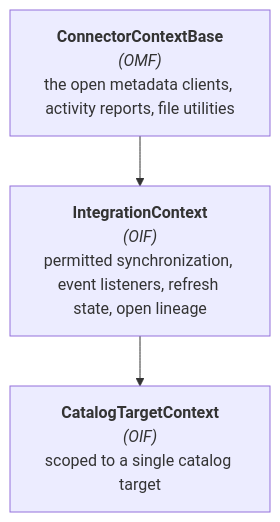
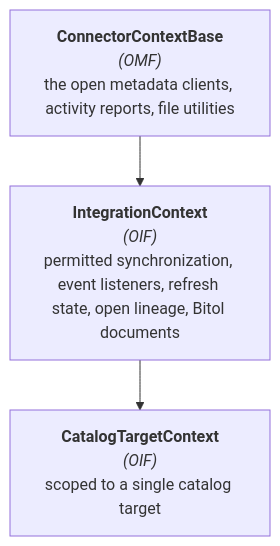
Before and after one commit to odpi/egeria-docs: the diagram in site/docs/guides/developer/integration-connectors/integration-context.md, drawn with Mermaid. The commit also changed other lines of this file and 120 other files, not shown here.

````diff
--- a/site/docs/guides/developer/integration-connectors/integration-context.md
+++ b/site/docs/guides/developer/integration-connectors/integration-context.md
@@ -19,11 +19,11 @@
 ```mermaid
 flowchart TD
     A["`**ConnectorContextBase**
     _(OMF)_
     the open metadata clients, activity reports, file utilities`"] --> B["`**IntegrationContext**
     _(OIF)_
-    permitted synchronization, event listeners, refresh state, open lineage`"]
+    permitted synchronization, event listeners, refresh state, open lineage, Bitol documents`"]
     B --> C["`**CatalogTargetContext**
     _(OIF)_
     scoped to a single catalog target`"]
 ```
````
